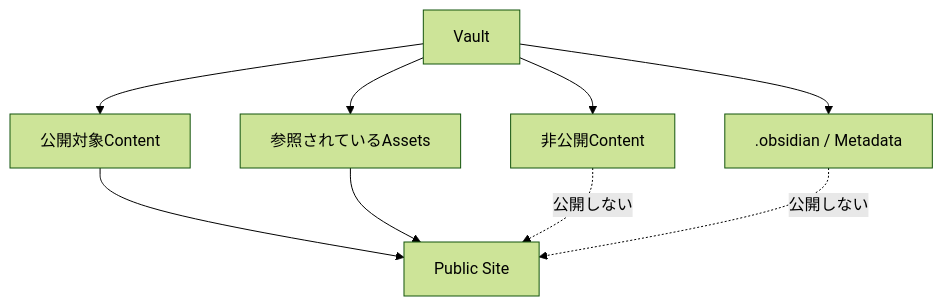
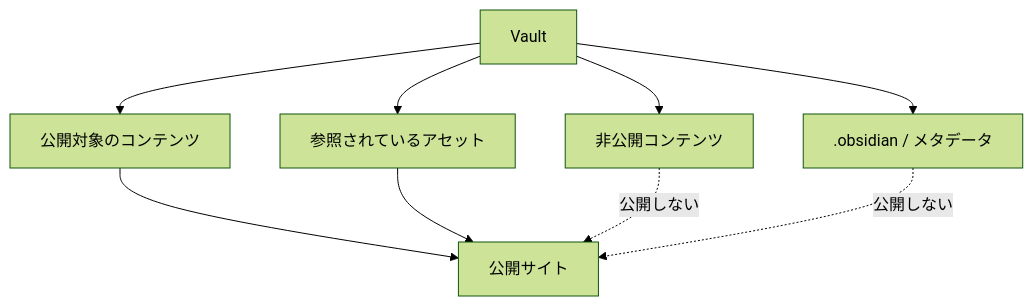
The second of 2 diagrams in docs/docs/reference/configuration/assets.ja.md (Rerurate514/riebeckite), drawn with Mermaid (forest theme) before and after one commit. The commit also changed other lines of this file and 310 other files, not shown here.

````diff
--- a/docs/docs/reference/configuration/assets.ja.md
+++ b/docs/docs/reference/configuration/assets.ja.md
@@ -164,15 +152,15 @@
 ```mermaid id="mrfz4d"
 flowchart TD
     Vault["Vault"]
 
-    Vault --> Published["公開対象Content"]
-    Vault --> UsedAssets["参照されているAssets"]
-    Vault --> Private["非公開Content"]
-    Vault --> Metadata[".obsidian / Metadata"]
+    Vault --> Published["公開対象のコンテンツ"]
+    Vault --> UsedAssets["参照されているアセット"]
+    Vault --> Private["非公開コンテンツ"]
+    Vault --> Metadata[".obsidian / メタデータ"]
 
-    Published --> Public["Public Site"]
+    Published --> Public["公開サイト"]
     UsedAssets --> Public
 
     Private -. "公開しない" .-> Public
     Metadata -. "公開しない" .-> Public
 ```
````
